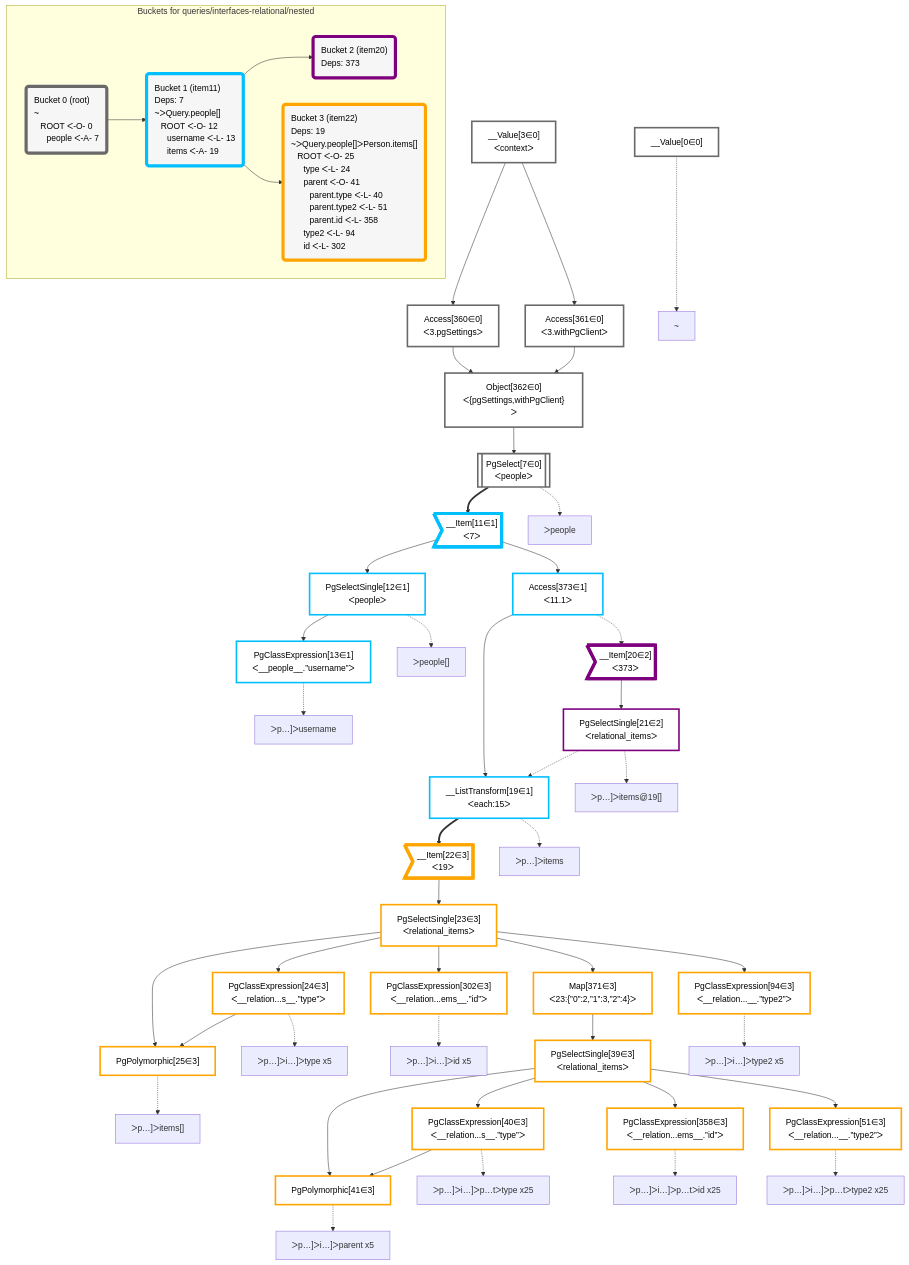
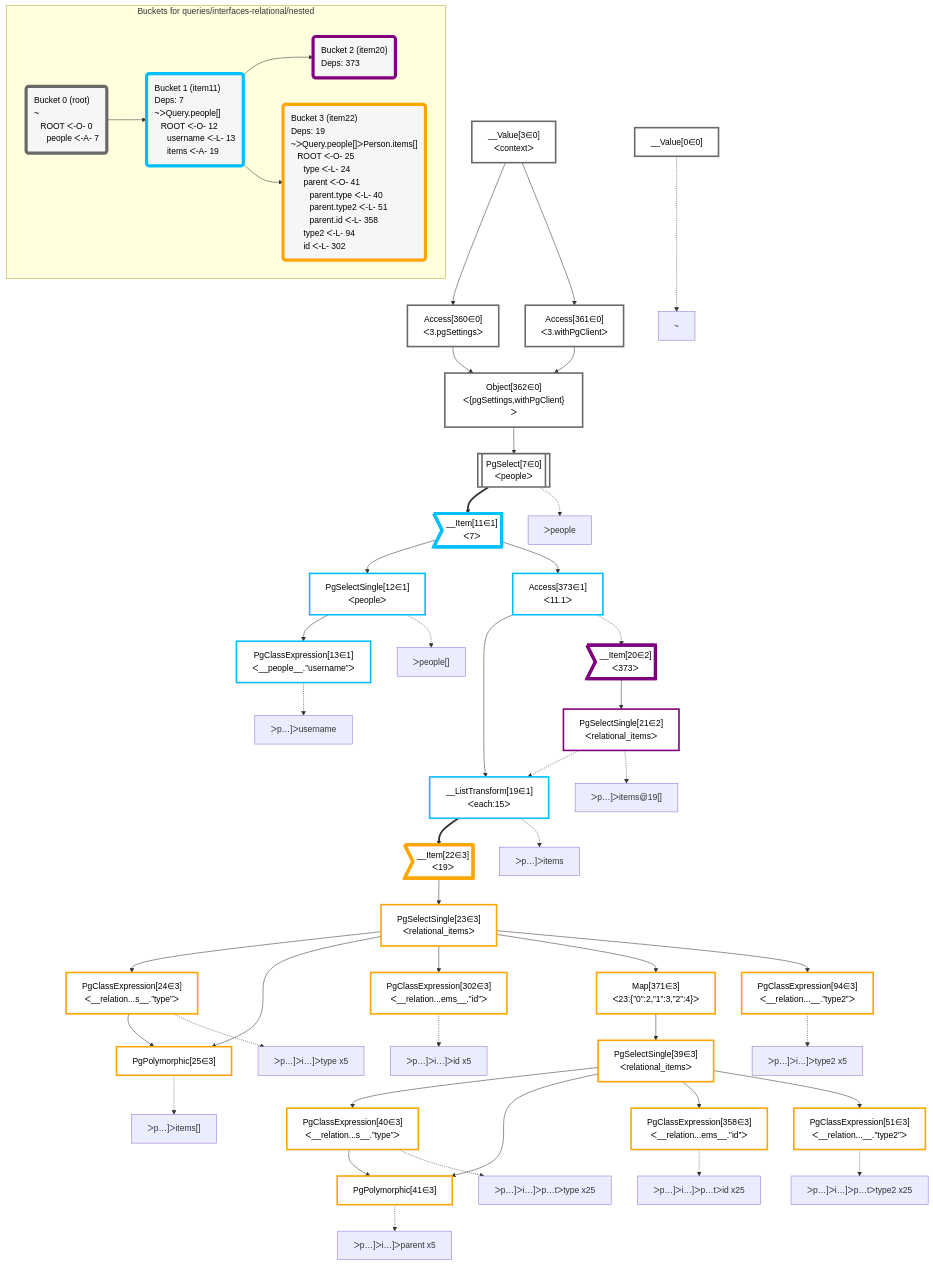
Before and after one commit to graphile/crystal: the diagram in packages/dataplan-pg/__tests__/queries/interfaces-relational/nested.mermaid.md, drawn with Mermaid. The commit also changed other lines of this file and 195 other files, not shown here.

Commit message:
Reorder graphs

```diff
--- a/packages/dataplan-pg/__tests__/queries/interfaces-relational/nested.mermaid.md
+++ b/packages/dataplan-pg/__tests__/queries/interfaces-relational/nested.mermaid.md
@@ -9,56 +9,56 @@
 
     %% define plans
     __Value0["__Value[0∈0]"]:::plan
+    __Value3["__Value[3∈0]<br />ᐸcontextᐳ"]:::plan
+    Access360["Access[360∈0]<br />ᐸ3.pgSettingsᐳ"]:::plan
+    Access361["Access[361∈0]<br />ᐸ3.withPgClientᐳ"]:::plan
+    Object362["Object[362∈0]<br />ᐸ{pgSettings,withPgClient}ᐳ"]:::plan
+    PgSelect7[["PgSelect[7∈0]<br />ᐸpeopleᐳ"]]:::plan
+    __Item11>"__Item[11∈1]<br />ᐸ7ᐳ"]:::itemplan
+    PgSelectSingle12["PgSelectSingle[12∈1]<br />ᐸpeopleᐳ"]:::plan
     PgClassExpression13["PgClassExpression[13∈1]<br />ᐸ__people__.”username”ᐳ"]:::plan
-    PgSelectSingle12["PgSelectSingle[12∈1]<br />ᐸpeopleᐳ"]:::plan
+    Access373["Access[373∈1]<br />ᐸ11.1ᐳ"]:::plan
+    __ListTransform19["__ListTransform[19∈1]<br />ᐸeach:15ᐳ"]:::plan
+    __Item20>"__Item[20∈2]<br />ᐸ373ᐳ"]:::itemplan
+    PgSelectSingle21["PgSelectSingle[21∈2]<br />ᐸrelational_itemsᐳ"]:::plan
+    __Item22>"__Item[22∈3]<br />ᐸ19ᐳ"]:::itemplan
+    PgSelectSingle23["PgSelectSingle[23∈3]<br />ᐸrelational_itemsᐳ"]:::plan
+    PgClassExpression24["PgClassExpression[24∈3]<br />ᐸ__relation...s__.”type”ᐳ"]:::plan
     PgPolymorphic25["PgPolymorphic[25∈3]"]:::plan
-    PgClassExpression24["PgClassExpression[24∈3]<br />ᐸ__relation...s__.”type”ᐳ"]:::plan
     PgClassExpression302["PgClassExpression[302∈3]<br />ᐸ__relation...ems__.”id”ᐳ"]:::plan
+    Map371["Map[371∈3]<br />ᐸ23:{”0”:2,”1”:3,”2”:4}ᐳ"]:::plan
+    PgSelectSingle39["PgSelectSingle[39∈3]<br />ᐸrelational_itemsᐳ"]:::plan
+    PgClassExpression40["PgClassExpression[40∈3]<br />ᐸ__relation...s__.”type”ᐳ"]:::plan
     PgPolymorphic41["PgPolymorphic[41∈3]"]:::plan
-    PgClassExpression40["PgClassExpression[40∈3]<br />ᐸ__relation...s__.”type”ᐳ"]:::plan
     PgClassExpression358["PgClassExpression[358∈3]<br />ᐸ__relation...ems__.”id”ᐳ"]:::plan
     PgClassExpression51["PgClassExpression[51∈3]<br />ᐸ__relation...__.”type2”ᐳ"]:::plan
-    PgSelectSingle39["PgSelectSingle[39∈3]<br />ᐸrelational_itemsᐳ"]:::plan
-    Map371["Map[371∈3]<br />ᐸ23:{”0”:2,”1”:3,”2”:4}ᐳ"]:::plan
     PgClassExpression94["PgClassExpression[94∈3]<br />ᐸ__relation...__.”type2”ᐳ"]:::plan
-    PgSelectSingle23["PgSelectSingle[23∈3]<br />ᐸrelational_itemsᐳ"]:::plan
-    __Item22>"__Item[22∈3]<br />ᐸ19ᐳ"]:::itemplan
-    __ListTransform19["__ListTransform[19∈1]<br />ᐸeach:15ᐳ"]:::plan
-    PgSelectSingle21["PgSelectSingle[21∈2]<br />ᐸrelational_itemsᐳ"]:::plan
-    __Item20>"__Item[20∈2]<br />ᐸ373ᐳ"]:::itemplan
-    Access373["Access[373∈1]<br />ᐸ11.1ᐳ"]:::plan
-    __Item11>"__Item[11∈1]<br />ᐸ7ᐳ"]:::itemplan
-    PgSelect7[["PgSelect[7∈0]<br />ᐸpeopleᐳ"]]:::plan
-    Object362["Object[362∈0]<br />ᐸ{pgSettings,withPgClient}ᐳ"]:::plan
-    Access360["Access[360∈0]<br />ᐸ3.pgSettingsᐳ"]:::plan
-    Access361["Access[361∈0]<br />ᐸ3.withPgClientᐳ"]:::plan
-    __Value3["__Value[3∈0]<br />ᐸcontextᐳ"]:::plan
 
     %% plan dependencies
+    __Value3 --> Access360
+    __Value3 --> Access361
+    Access360 & Access361 --> Object362
+    Object362 --> PgSelect7
+    PgSelect7 ==> __Item11
+    __Item11 --> PgSelectSingle12
     PgSelectSingle12 --> PgClassExpression13
-    __Item11 --> PgSelectSingle12
+    __Item11 --> Access373
+    Access373 --> __ListTransform19
+    PgSelectSingle21 -.-> __ListTransform19
+    Access373 -.-> __Item20
+    __Item20 --> PgSelectSingle21
+    __ListTransform19 ==> __Item22
+    __Item22 --> PgSelectSingle23
+    PgSelectSingle23 --> PgClassExpression24
     PgSelectSingle23 & PgClassExpression24 --> PgPolymorphic25
-    PgSelectSingle23 --> PgClassExpression24
     PgSelectSingle23 --> PgClassExpression302
+    PgSelectSingle23 --> Map371
+    Map371 --> PgSelectSingle39
+    PgSelectSingle39 --> PgClassExpression40
     PgSelectSingle39 & PgClassExpression40 --> PgPolymorphic41
-    PgSelectSingle39 --> PgClassExpression40
     PgSelectSingle39 --> PgClassExpression358
     PgSelectSingle39 --> PgClassExpression51
-    Map371 --> PgSelectSingle39
-    PgSelectSingle23 --> Map371
     PgSelectSingle23 --> PgClassExpression94
-    __Item22 --> PgSelectSingle23
-    __ListTransform19 ==> __Item22
-    Access373 --> __ListTransform19
-    PgSelectSingle21 -.-> __ListTransform19
-    __Item20 --> PgSelectSingle21
-    Access373 -.-> __Item20
-    __Item11 --> Access373
-    PgSelect7 ==> __Item11
-    Object362 --> PgSelect7
-    Access360 & Access361 --> Object362
-    __Value3 --> Access360
-    __Value3 --> Access361
 
     %% plan-to-path relationships
     P0["~"]
```
